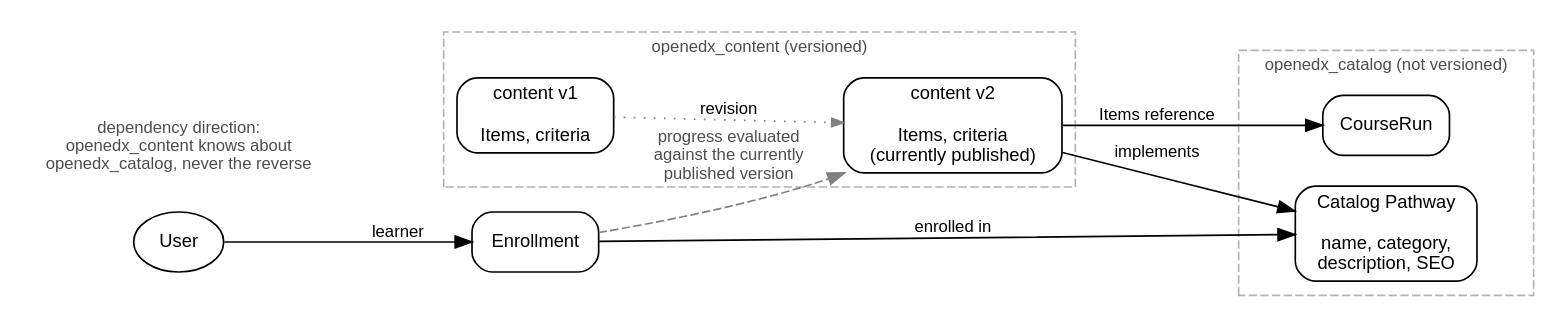
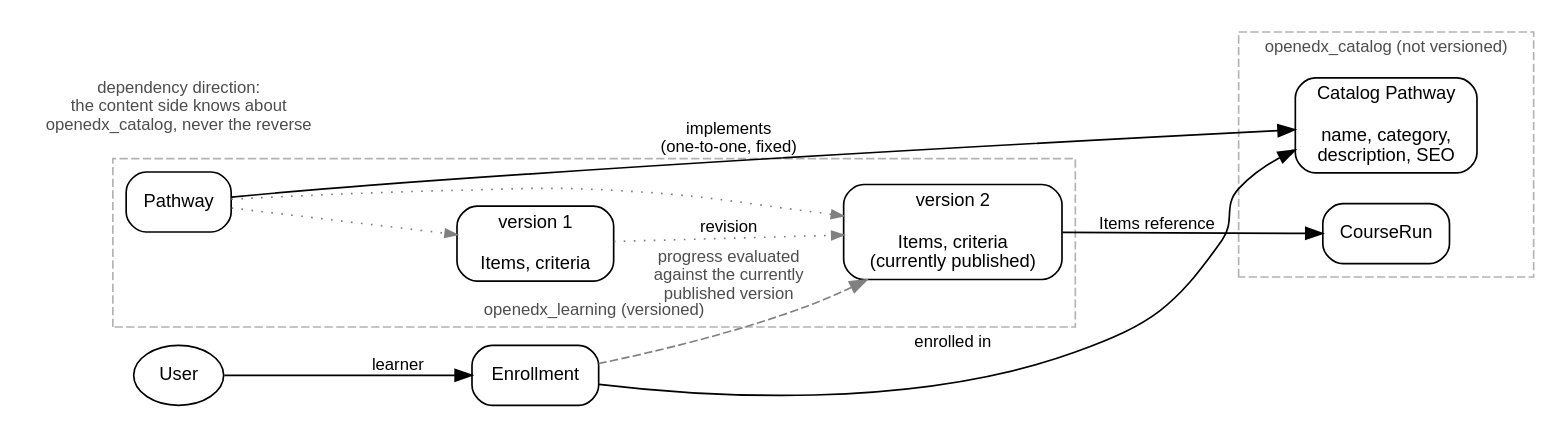
The diagram in docs/openedx_learning/decisions/images/pathway-catalog-content.dot (openedx/openedx-learning), drawn with Graphviz before and after one commit. The commit also changed 22 other files, not shown here.

Commit message:
feat(pathways): implement Pathway content

```diff
--- a/docs/openedx_learning/decisions/images/pathway-catalog-content.dot
+++ b/docs/openedx_learning/decisions/images/pathway-catalog-content.dot
@@ -1,40 +1,44 @@
 digraph pathway_catalog_content {
     rankdir=LR;
     fontname="Helvetica";
     compound=true;
     node [shape=box, style=rounded, fontname="Helvetica", fontsize=11];
     edge [fontname="Helvetica", fontsize=10];
 
     subgraph cluster_catalog {
         label="openedx_catalog (not versioned)";
         fontsize=10;
         fontcolor="#4d4d4d";
         style=dashed;
         color="#b3b3b3";
         catalog [label="Catalog Pathway\n\nname, category,\ndescription, SEO"];
         courserun [label="CourseRun"];
     }
 
     subgraph cluster_content {
-        label="openedx_content (versioned)";
+        label="openedx_learning (versioned)";
+        labelloc="b";
         fontsize=10;
         fontcolor="#4d4d4d";
         style=dashed;
         color="#b3b3b3";
-        v1 [label="content v1\n\nItems, criteria"];
-        v2 [label="content v2\n\nItems, criteria\n(currently published)"];
+        pathway [label="Pathway"];
+        v1 [label="version 1\n\nItems, criteria"];
+        v2 [label="version 2\n\nItems, criteria\n(currently published)"];
+        pathway -> v1 [style=dotted, color="#808080", arrowsize=0.7];
+        pathway -> v2 [style=dotted, color="#808080", arrowsize=0.7];
         v1 -> v2 [style=dotted, color="#808080", arrowsize=0.7, label="revision"];
     }
 
     user [label="User", shape=ellipse];
     enrollment [label="Enrollment"];
 
     user -> enrollment [label="learner"];
     enrollment -> catalog [label="enrolled in"];
     enrollment -> v2 [label="progress evaluated\nagainst the currently\npublished version", style=dashed, color="#808080", fontcolor="#4d4d4d"];
 
-    v2 -> catalog [label="implements"];
+    pathway -> catalog [label="implements\n(one-to-one, fixed)"];
     v2 -> courserun [label="Items reference"];
 
-    direction [label="dependency direction:\nopenedx_content knows about\nopenedx_catalog, never the reverse", shape=plaintext, fontsize=10, fontcolor="#4d4d4d"];
+    direction [label="dependency direction:\nthe content side knows about\nopenedx_catalog, never the reverse", shape=plaintext, fontsize=10, fontcolor="#4d4d4d"];
 }
```
